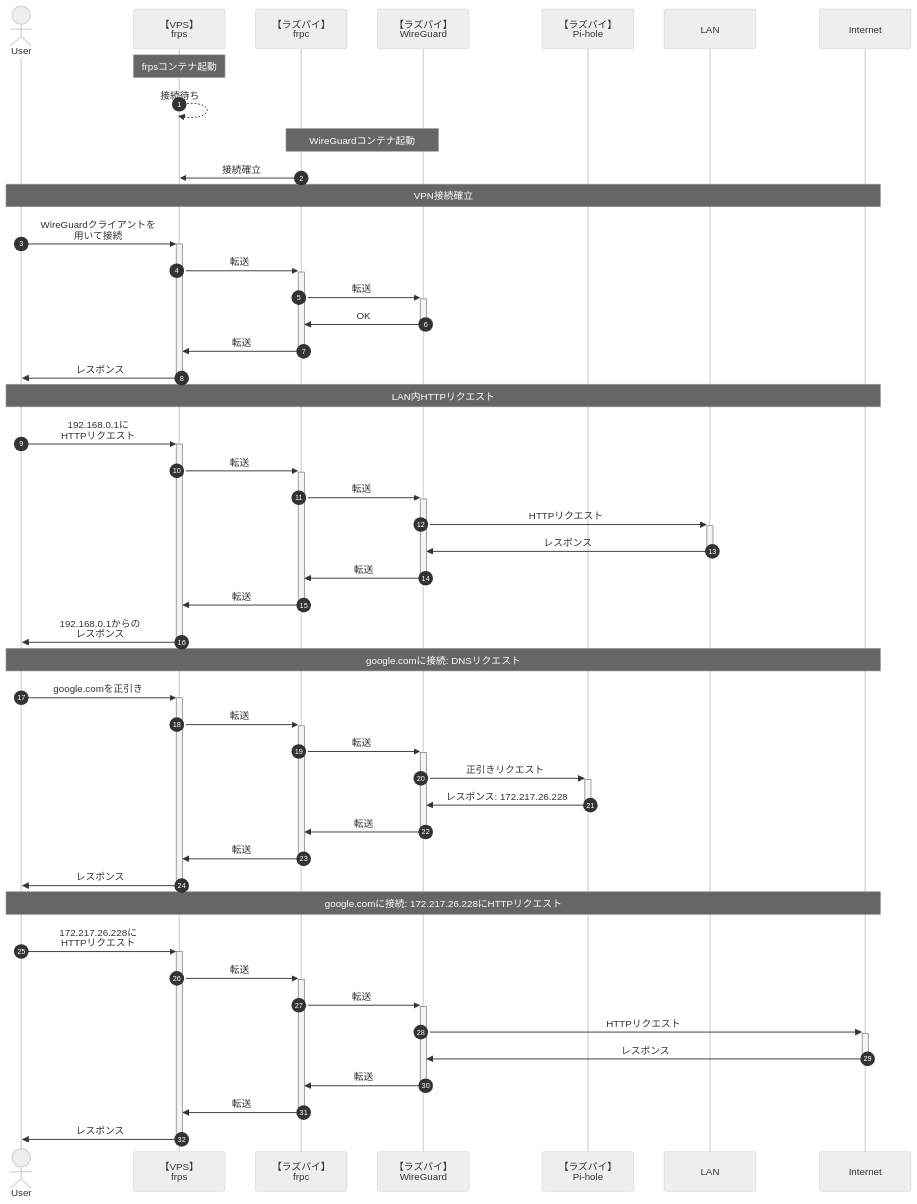
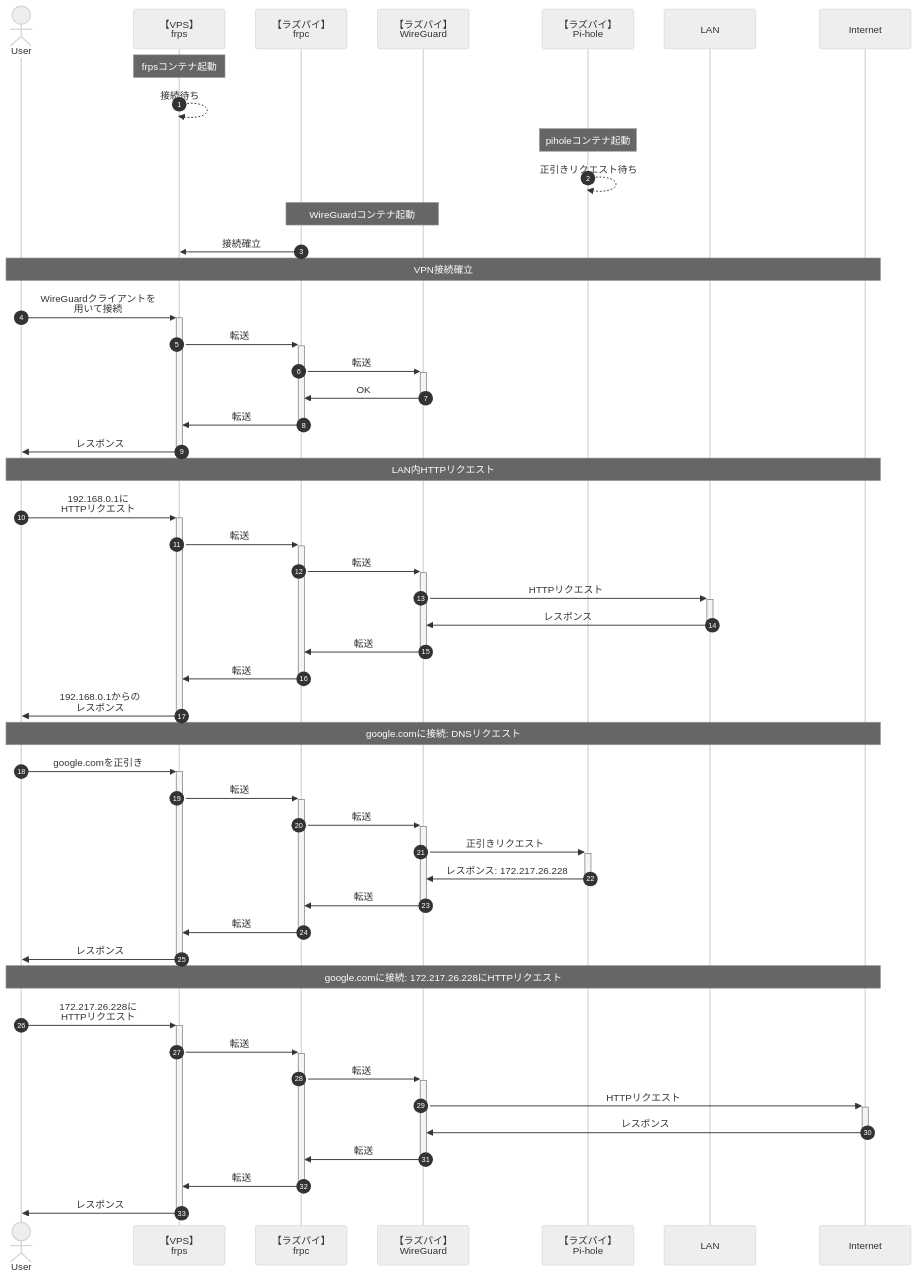
One commit to book000/zenn-docs changed the diagram in articles/vps-wireguard.md. Above: the diagram before and after it, drawn with Mermaid (neutral theme). The commit also changed other lines of this file and 1 other file, not shown here.

````diff
--- a/articles/vps-wireguard.md
+++ b/articles/vps-wireguard.md
@@ -22,55 +24,58 @@
 ```mermaid
 sequenceDiagram
   autonumber
   actor User
   participant frps as 【VPS】<br>frps
   participant frpc as 【ラズパイ】<br>frpc
   participant wireguard as 【ラズパイ】<br>WireGuard
   participant pihole as 【ラズパイ】<br>Pi-hole
   participant lan as LAN
   participant internet as Internet
 
   Note over frps: frpsコンテナ起動
   frps-->>frps: 接続待ち
+
+  Note over pihole: piholeコンテナ起動
+  pihole-->>pihole: 正引きリクエスト待ち
 
   Note over frpc,wireguard: WireGuardコンテナ起動
   frpc->>frps: 接続確立
 
   Note over User,internet: VPN接続確立
   User->>+frps: WireGuardクライアントを<br>用いて接続
   frps->>+frpc: 転送
   frpc->>+wireguard: 転送
   wireguard->>-frpc: OK
   frpc->>-frps: 転送
   frps->>-User: レスポンス
 
   Note over User,internet: LAN内HTTPリクエスト
   User->>+frps: 192.168.0.1に<br>HTTPリクエスト
   frps->>+frpc: 転送
   frpc->>+wireguard: 転送
   wireguard->>+lan: HTTPリクエスト
   lan->>-wireguard: レスポンス
   wireguard->>-frpc: 転送
   frpc->>-frps: 転送
   frps->>-User: 192.168.0.1からの<br>レスポンス
 
   Note over User,internet: google.comに接続: DNSリクエスト
   User->>+frps: google.comを正引き
   frps->>+frpc: 転送
   frpc->>+wireguard: 転送
   wireguard->>+pihole: 正引きリクエスト
   pihole->>-wireguard: レスポンス: 172.217.26.228
   wireguard->>-frpc: 転送
   frpc->>-frps: 転送
   frps->>-User: レスポンス
 
   Note over User,internet: google.comに接続: 172.217.26.228にHTTPリクエスト
   User->>+frps: 172.217.26.228に<br>HTTPリクエスト
   frps->>+frpc: 転送
   frpc->>+wireguard: 転送
   wireguard->>+internet: HTTPリクエスト
   internet->>-wireguard: レスポンス
   wireguard->>-frpc: 転送
   frpc->>-frps: 転送
   frps->>-User: レスポンス
 ```
````
